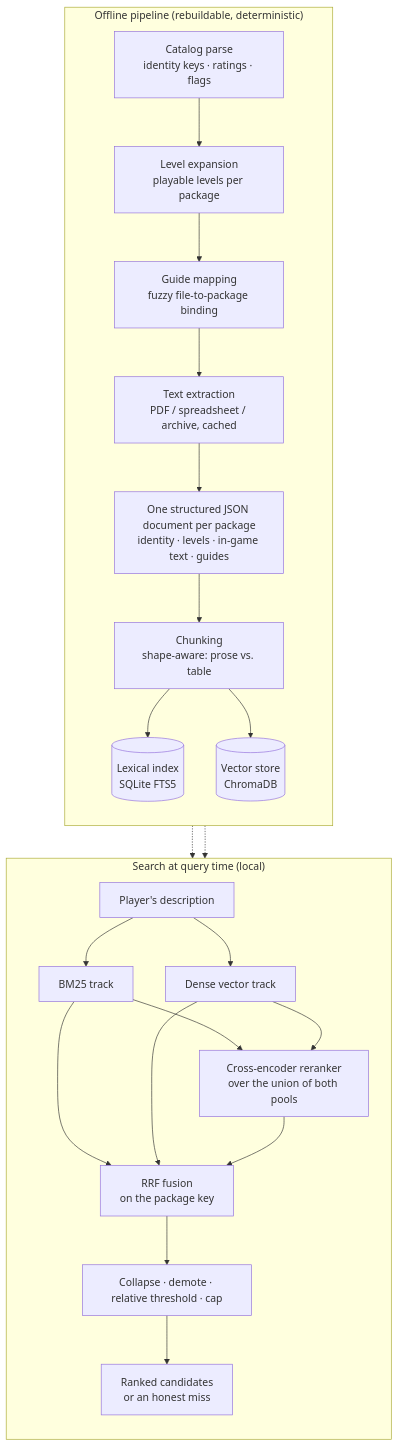
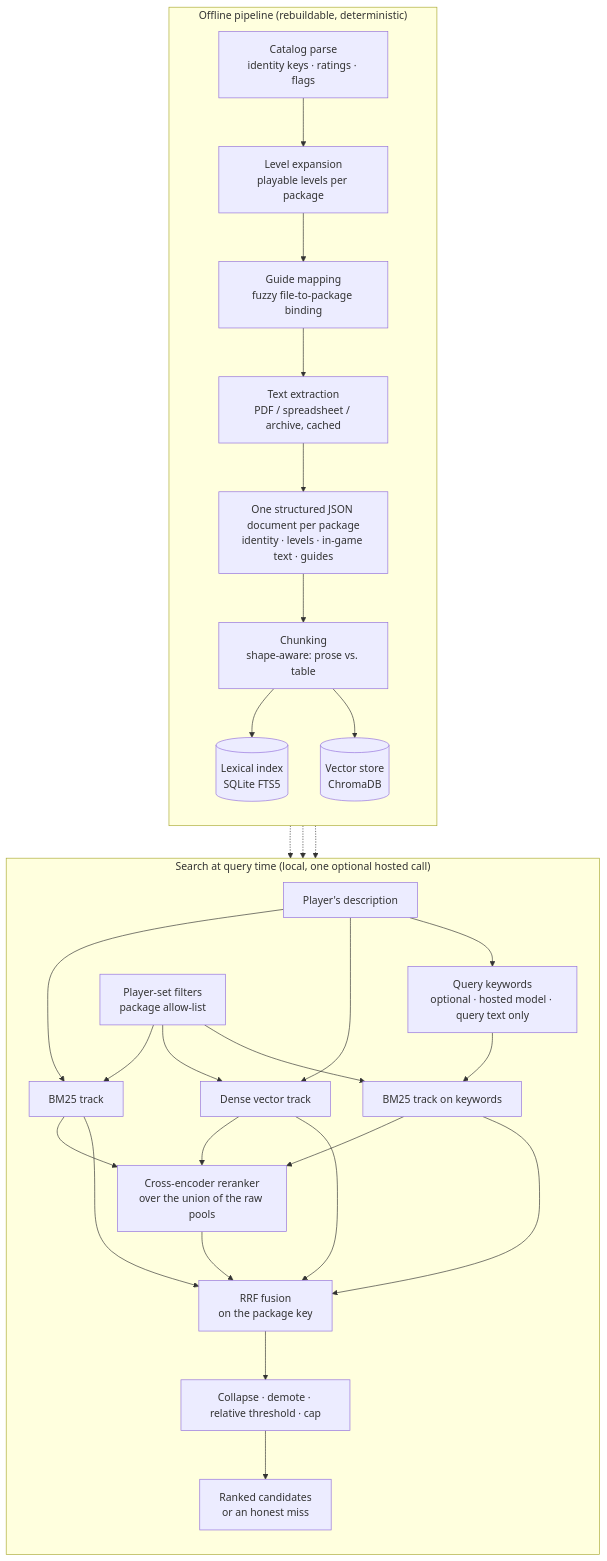
Before and after one commit to stefan-baade/thief-fan-mission-search: the diagram in README.md, drawn with Mermaid. The commit also changed other lines of this file and 2 other files, not shown here.

First line of the commit message:
docs: add query-side work (keyword track, filters, model-free baseline)

````diff
--- a/README.md
+++ b/README.md
@@ -71,39 +75,50 @@
 ```mermaid
 flowchart TB
     subgraph offline["Offline pipeline (rebuildable, deterministic)"]
         direction TB
         CAT["Catalog parse<br/>identity keys · ratings · flags"]
         MIS["Level expansion<br/>playable levels per package"]
         MAP["Guide mapping<br/>fuzzy file-to-package binding"]
         TXT["Text extraction<br/>PDF / spreadsheet / archive, cached"]
         DOC["One structured JSON document per package<br/>identity · levels · in-game text · guides"]
         CHK["Chunking<br/>shape-aware: prose vs. table"]
         FTS[("Lexical index<br/>SQLite FTS5")]
         VEC[("Vector store<br/>ChromaDB")]
         CAT --> MIS --> MAP --> TXT --> DOC --> CHK
         CHK --> FTS
         CHK --> VEC
     end
 
-    subgraph search["Search at query time (local)"]
+    subgraph search["Search at query time (local, one optional hosted call)"]
         direction TB
         Q["Player's description"]
+        FIL["Player-set filters<br/>package allow-list"]
+        KW["Query keywords<br/>optional · hosted model · query text only"]
         B25["BM25 track"]
+        BKW["BM25 track on keywords"]
         DEN["Dense vector track"]
-        RER["Cross-encoder reranker<br/>over the union of both pools"]
+        RER["Cross-encoder reranker<br/>over the union of the raw pools"]
         RRF["RRF fusion<br/>on the package key"]
         COL["Collapse · demote · relative threshold · cap"]
         OUT["Ranked candidates<br/>or an honest miss"]
         Q --> B25
         Q --> DEN
+        Q --> KW
+        KW --> BKW
+        FIL --> B25
+        FIL --> DEN
+        FIL --> BKW
         B25 --> RER
         DEN --> RER
+        BKW --> RER
         B25 --> RRF
         DEN --> RRF
+        BKW --> RRF
         RER --> RRF
         RRF --> COL --> OUT
     end
 
     FTS -.-> B25
+    FTS -.-> BKW
     VEC -.-> DEN
 ```
````
